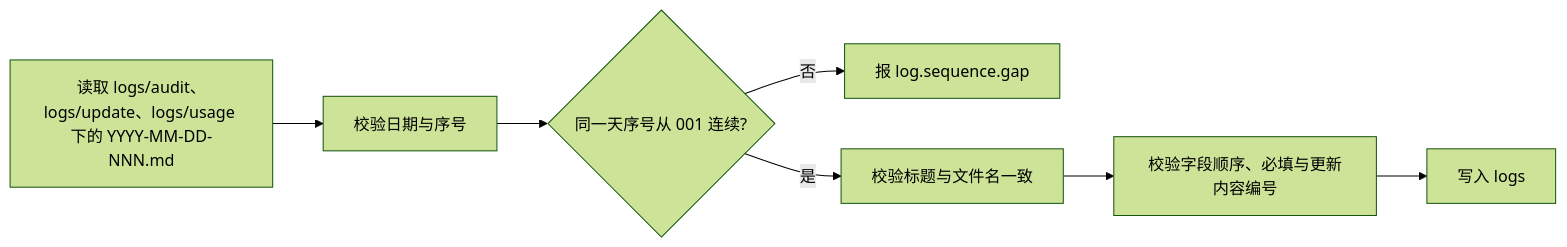
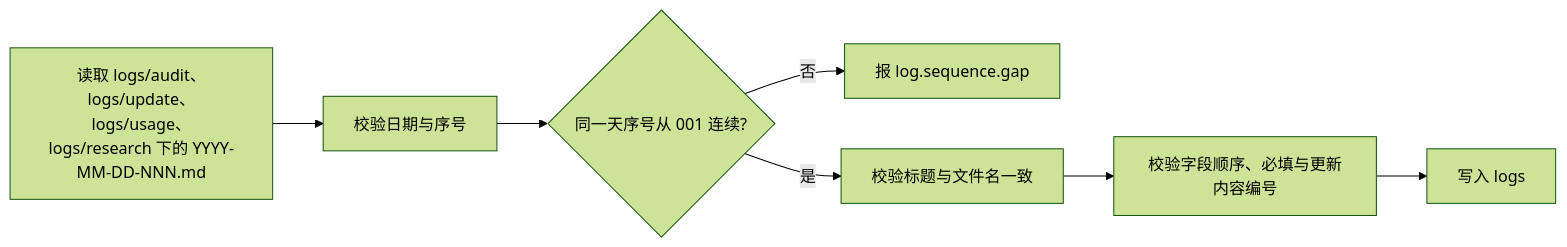
The seventh of 12 diagrams in .coder/design/architecture.md (Cangjier/coder), drawn with Mermaid (forest theme) before and after one commit. The commit also changed other lines of this file and 13 other files, not shown here.

Commit message:
feat: 增加竞品调研日志 logs/research

````diff
--- a/.coder/design/architecture.md
+++ b/.coder/design/architecture.md
@@ -133,9 +133,9 @@
 ```mermaid
 flowchart LR
-  A[读取 logs/audit、logs/update、logs/usage 下的 YYYY-MM-DD-NNN.md] --> B[校验日期与序号]
+  A[读取 logs/audit、logs/update、logs/usage、logs/research 下的 YYYY-MM-DD-NNN.md] --> B[校验日期与序号]
   B --> C{同一天序号从 001 连续?}
   C -- 否 --> D[报 log.sequence.gap]
   C -- 是 --> E[校验标题与文件名一致]
   E --> F[校验字段顺序、必填与更新内容编号]
   F --> G[写入 logs]
 ```
````
